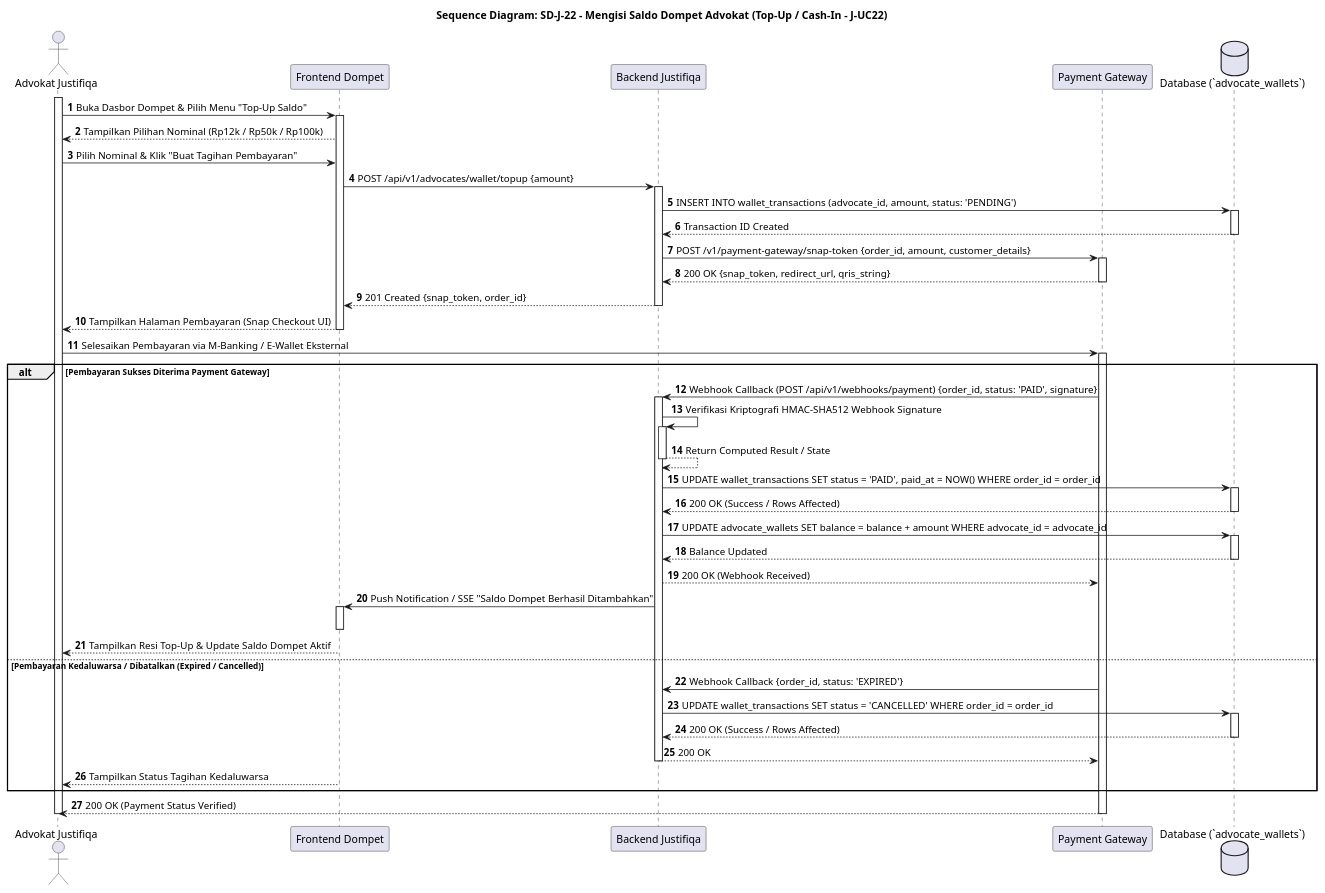
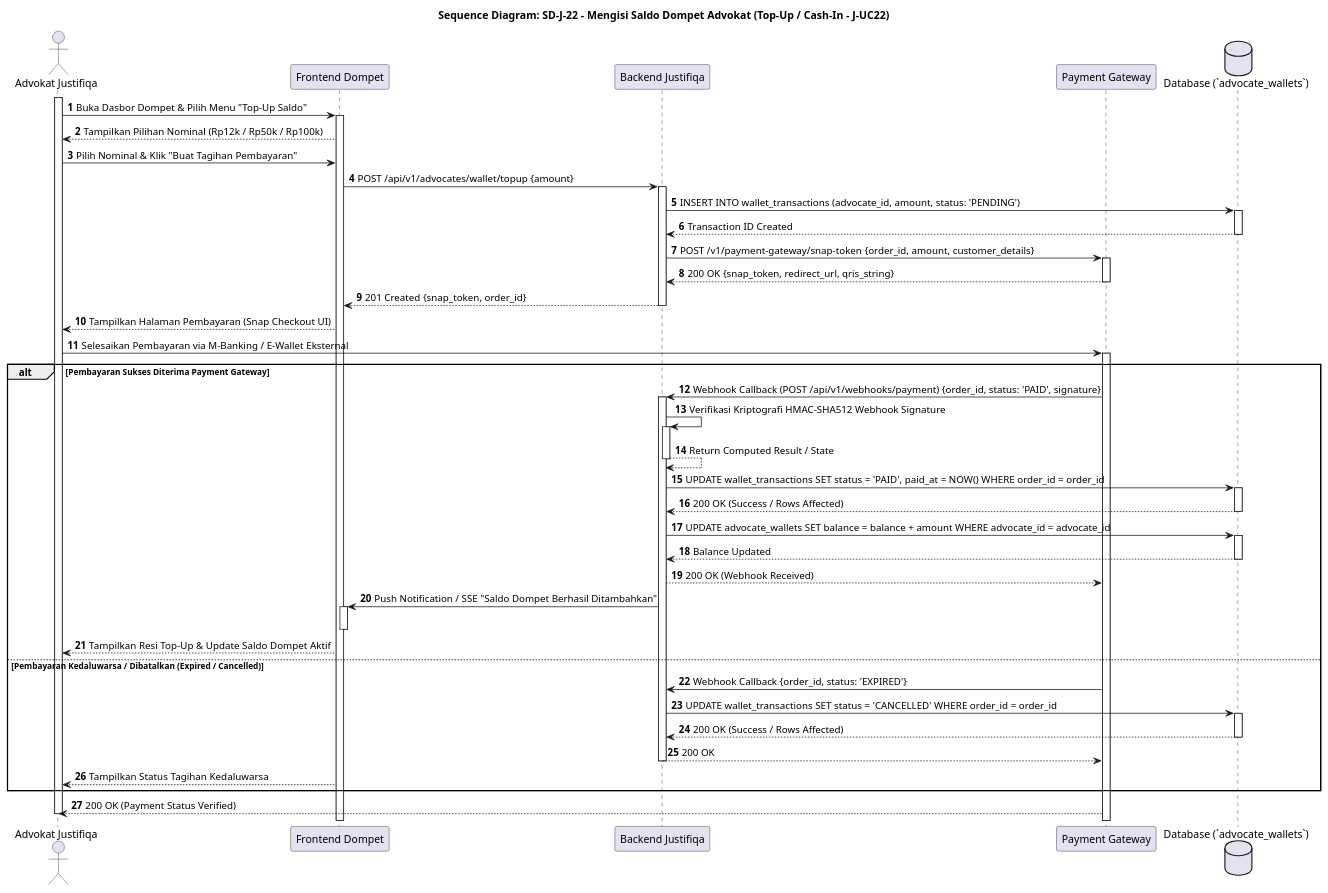
Before and after one commit to tupperwureism/SuperApp-Gagal: diagram 14 of 27 in MarkDown/plantuml_sequence_diagrams.md, drawn with PlantUML. The commit also changed other lines of this file and 2 other files, not shown here.

Commit message:
fix(uml): remove shorthand deactivations from actor return arrows and prevent double deactivations across SD Justifiqa and Qualifa

````diff
--- a/MarkDown/plantuml_sequence_diagrams.md
+++ b/MarkDown/plantuml_sequence_diagrams.md
@@ -687,49 +666,49 @@
 ```plantuml
 @startuml
 title Sequence Diagram: SD-J-22 - Mengisi Saldo Dompet Advokat (Top-Up / Cash-In - J-UC22)
 autonumber
 actor "Advokat Justifiqa" as Mitra
 participant "Frontend Dompet" as FE
 participant "Backend Justifiqa" as BE
 participant "Payment Gateway" as PG
 database "Database (`advocate_wallets`)" as DB
 
 activate Mitra
 Mitra -> FE ++ : Buka Dasbor Dompet & Pilih Menu "Top-Up Saldo"
 FE --> Mitra : Tampilkan Pilihan Nominal (Rp12k / Rp50k / Rp100k)
 Mitra -> FE : Pilih Nominal & Klik "Buat Tagihan Pembayaran"
 FE -> BE ++ : POST /api/v1/advocates/wallet/topup {amount}
 
 BE -> DB ++ : INSERT INTO wallet_transactions (advocate_id, amount, status: 'PENDING')
 DB --> BE -- : Transaction ID Created
 BE -> PG ++ : POST /v1/payment-gateway/snap-token {order_id, amount, customer_details}
 PG --> BE -- : 200 OK {snap_token, redirect_url, qris_string}
 BE --> FE -- : 201 Created {snap_token, order_id}
-FE --> Mitra -- : Tampilkan Halaman Pembayaran (Snap Checkout UI)
+FE --> Mitra : Tampilkan Halaman Pembayaran (Snap Checkout UI)
 
 Mitra -> PG ++ : Selesaikan Pembayaran via M-Banking / E-Wallet Eksternal
 
 alt Pembayaran Sukses Diterima Payment Gateway
     PG -> BE ++ : Webhook Callback (POST /api/v1/webhooks/payment) {order_id, status: 'PAID', signature}
     BE -> BE ++ : Verifikasi Kriptografi HMAC-SHA512 Webhook Signature
     BE --> BE -- : Return Computed Result / State
     BE -> DB ++ : UPDATE wallet_transactions SET status = 'PAID', paid_at = NOW() WHERE order_id = order_id
     DB --> BE -- : 200 OK (Success / Rows Affected)
     BE -> DB ++ : UPDATE advocate_wallets SET balance = balance + amount WHERE advocate_id = advocate_id
     DB --> BE -- : Balance Updated
     BE --> PG : 200 OK (Webhook Received)
     
     BE -> FE ++ : Push Notification / SSE "Saldo Dompet Berhasil Ditambahkan"
     deactivate FE
     FE --> Mitra : Tampilkan Resi Top-Up & Update Saldo Dompet Aktif
 else Pembayaran Kedaluwarsa / Dibatalkan (Expired / Cancelled)
     PG -> BE : Webhook Callback {order_id, status: 'EXPIRED'}
     BE -> DB ++ : UPDATE wallet_transactions SET status = 'CANCELLED' WHERE order_id = order_id
     DB --> BE -- : 200 OK (Success / Rows Affected)
     BE --> PG -- : 200 OK
     FE --> Mitra : Tampilkan Status Tagihan Kedaluwarsa
 end
-PG --> Mitra -- : 200 OK (Payment Status Verified)
+PG --> Mitra : 200 OK (Payment Status Verified)
 deactivate Mitra
 @enduml
 ```
````
